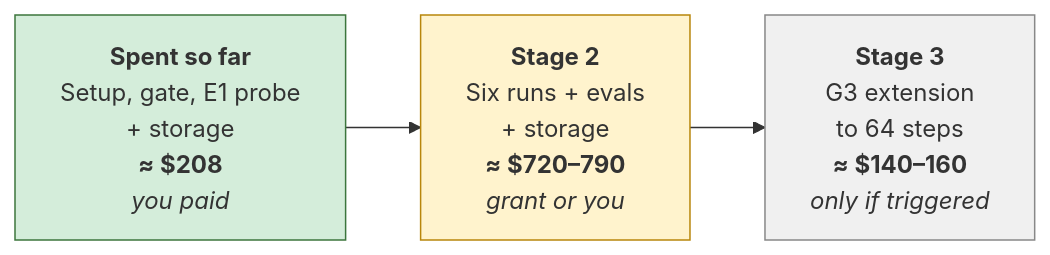
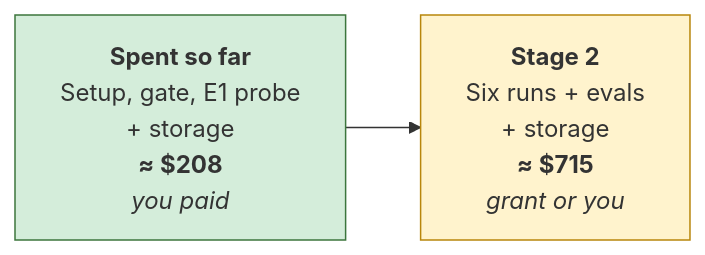
Before and after one commit to ShubsDS/reward-hacks: the second of 2 diagrams in experimental-direction/03-timeline-and-budget.md, drawn with Mermaid. The commit also changed other lines of this file, not shown here.

Commit message:
Rework the timeline and budget for the $950 cap

````diff
--- a/experimental-direction/03-timeline-and-budget.md
+++ b/experimental-direction/03-timeline-and-budget.md
@@ -136,7 +134,6 @@
 ```mermaid
 flowchart LR
-    A["<b>Spent so far</b><br/>Setup, gate, E1 probe<br/>+ storage<br/><b>≈ $208</b><br/><i>you paid</i>"] --> B["<b>Stage 2</b><br/>Six runs + evals<br/>+ storage<br/><b>≈ $720–790</b><br/><i>grant or you</i>"] --> C["<b>Stage 3</b><br/>G3 extension<br/>to 64 steps<br/><b>≈ $140–160</b><br/><i>only if triggered</i>"]
+    A["<b>Spent so far</b><br/>Setup, gate, E1 probe<br/>+ storage<br/><b>≈ $208</b><br/><i>you paid</i>"] --> B["<b>Stage 2</b><br/>Six runs + evals<br/>+ storage<br/><b>≈ $715</b><br/><i>grant or you</i>"]
     style A fill:#d4edda,stroke:#3c763d
     style B fill:#fff3cd,stroke:#b8860b
-    style C fill:#f0f0f0,stroke:#888
 ```
````
